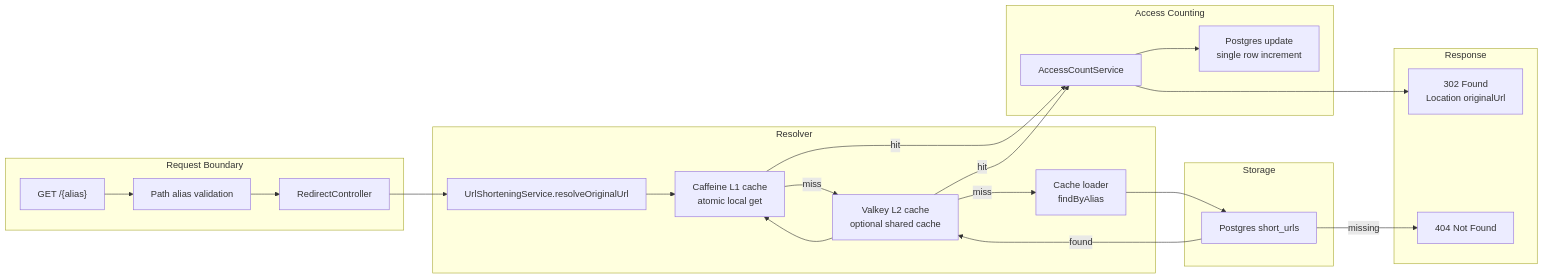
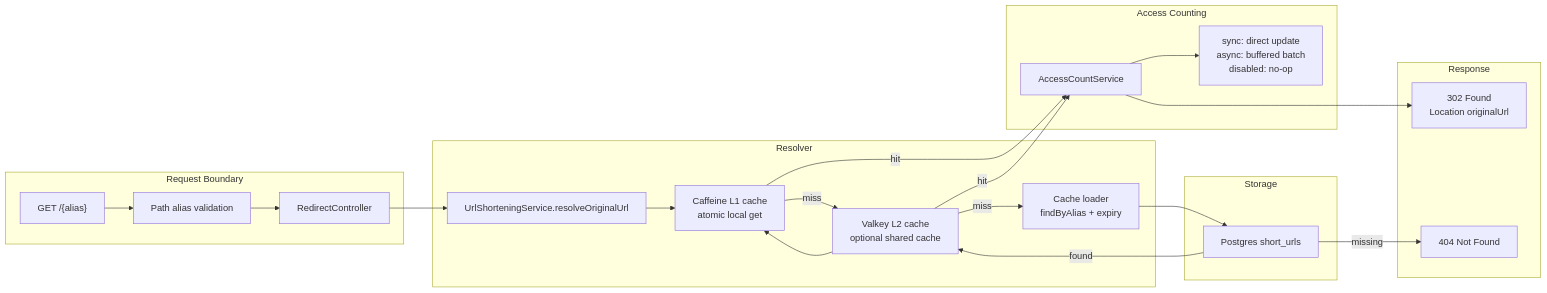
Before and after one commit to itsmesubham/zipurl: the third of 5 diagrams in README.md, drawn with Mermaid. The commit also changed other lines of this file and 18 other files, not shown here.

````diff
--- a/README.md
+++ b/README.md
@@ -109,41 +109,41 @@
 ```mermaid
 flowchart LR
     subgraph request [Request Boundary]
         redirectRequest["GET /{alias}"]
         aliasValidation["Path alias validation"]
         redirectController["RedirectController"]
     end
 
     subgraph resolver [Resolver]
         urlService["UrlShorteningService.resolveOriginalUrl"]
         caffeine["Caffeine L1 cache\natomic local get"]
         valkey["Valkey L2 cache\noptional shared cache"]
-        loader["Cache loader\nfindByAlias"]
+        loader["Cache loader\nfindByAlias + expiry"]
     end
 
     subgraph storage [Storage]
         postgres["Postgres short_urls"]
     end
 
     subgraph counting [Access Counting]
-        accessCounter["AccessCountService"]
-        dbMode["Postgres update\nsingle row increment"]
+    accessCounter["AccessCountService"]
+    dbMode["sync: direct update\nasync: buffered batch\n disabled: no-op"]
     end
 
     subgraph response [Response]
         redirect302["302 Found\nLocation originalUrl"]
         notFound["404 Not Found"]
     end
 
     redirectRequest --> aliasValidation --> redirectController --> urlService
     urlService --> caffeine
     caffeine -->|"hit"| accessCounter
     caffeine -->|"miss"| valkey
     valkey -->|"hit"| accessCounter
     valkey -->|"miss"| loader --> postgres
     postgres -->|"found"| valkey
     valkey --> caffeine
     postgres -->|"missing"| notFound
     accessCounter --> dbMode
     accessCounter --> redirect302
 ```
````
